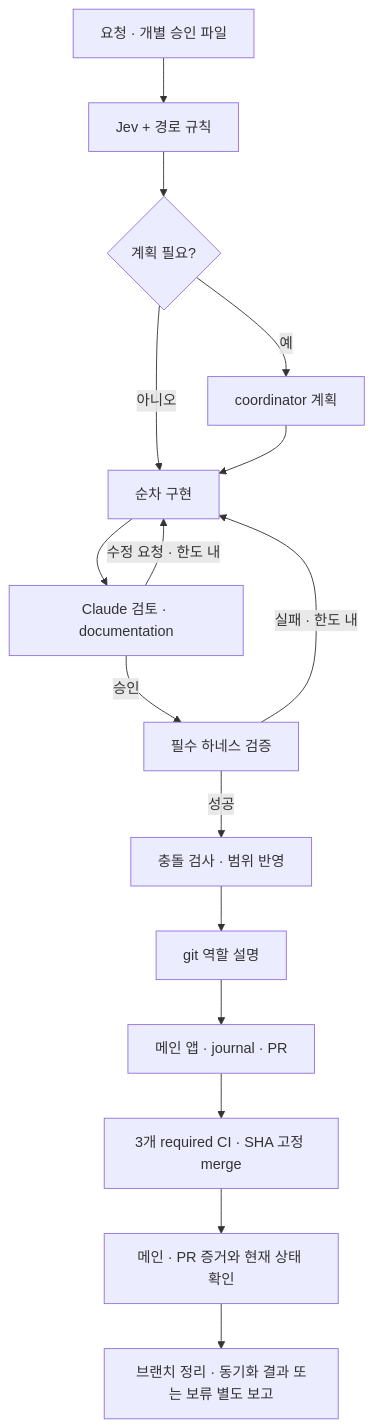
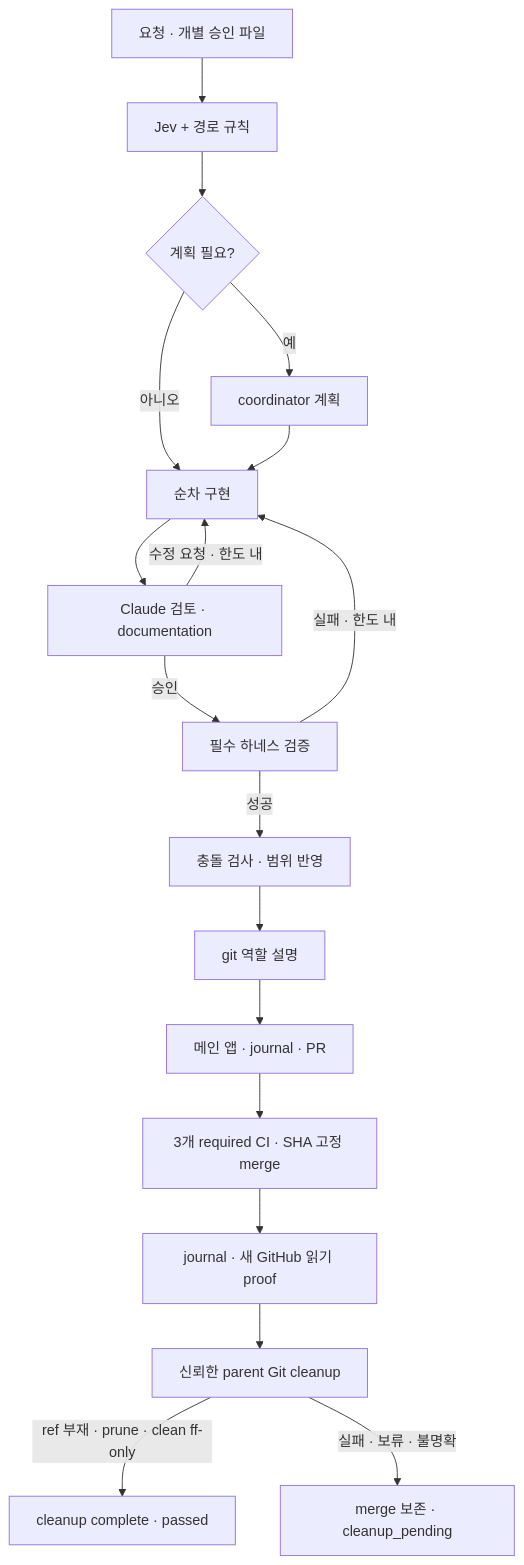
One commit to 21in7/TavernofSoul changed the second of 2 diagrams in docs/harness-design.md. Above: the diagram before and after it, drawn with Mermaid. The commit also changed other lines of this file and 15 other files, not shown here.

Commit message:
feat(harness): 머지 후 브랜치 정리와 master 동기화 자동화 (#31)

````diff
--- a/docs/harness-design.md
+++ b/docs/harness-design.md
@@ -124,18 +124,20 @@
 ```mermaid
 flowchart TD
     R[요청 · 개별 승인 파일] --> J[Jev + 경로 규칙]
     J --> Q{계획 필요?}
     Q -->|예| P[coordinator 계획]
     Q -->|아니오| W[순차 구현]
     P --> W
     W --> V[Claude 검토 · documentation]
     V -->|수정 요청 · 한도 내| W
     V -->|승인| C[필수 하네스 검증]
     C -->|실패 · 한도 내| W
     C -->|성공| A[충돌 검사 · 범위 반영]
     A --> G[git 역할 설명]
     G --> H[메인 앱 · journal · PR]
     H --> I[3개 required CI · SHA 고정 merge]
-    I --> K[메인 · PR 증거와 현재 상태 확인]
-    K --> L[브랜치 정리 · 동기화 결과 또는 보류 별도 보고]
+    I --> K[journal · 새 GitHub 읽기 proof]
+    K --> L[신뢰한 parent Git cleanup]
+    L -->|ref 부재 · prune · clean ff-only| M[cleanup complete · passed]
+    L -->|실패 · 보류 · 불명확| N[merge 보존 · cleanup_pending]
 ```
````
